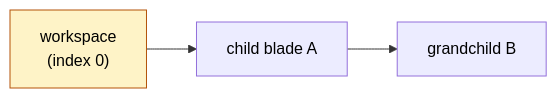
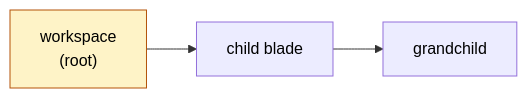
Before and after one commit to VirtoCommerce/vc-docs: the diagram in platform/developer-guide/docs/custom-apps-development/vc-shell/concepts/blade-navigation.md, drawn with Mermaid. The commit also changed other lines of this file and 67 other files, not shown here.

````diff
--- a/platform/developer-guide/docs/custom-apps-development/vc-shell/concepts/blade-navigation.md
+++ b/platform/developer-guide/docs/custom-apps-development/vc-shell/concepts/blade-navigation.md
@@ -42,9 +34,9 @@
 ```mermaid
 flowchart LR
-    W["workspace<br/>(index 0)"]
-    A["child blade A"]
-    B["grandchild B"]
+    W["workspace<br/>(root)"]
+    A["child blade"]
+    B["grandchild"]
     W --> A --> B
     classDef root fill:#fef3c7,stroke:#b45309,color:#000
     class W root
 ```
````
